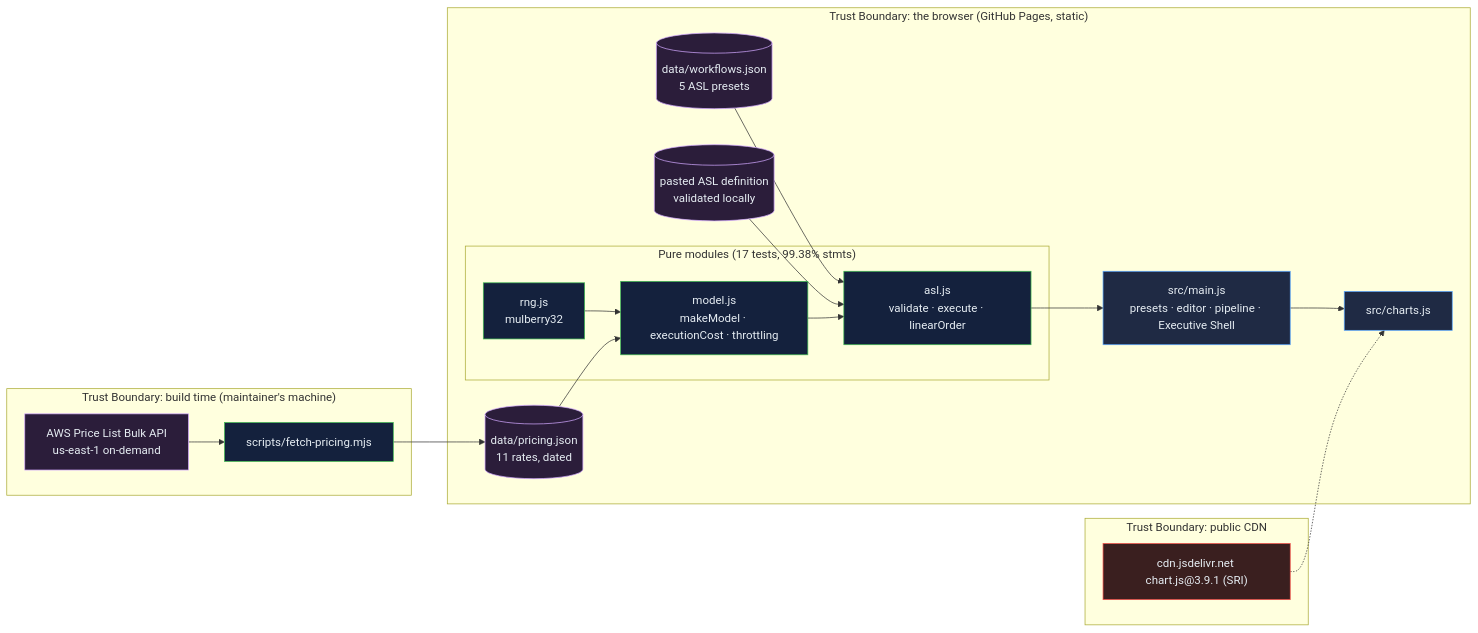
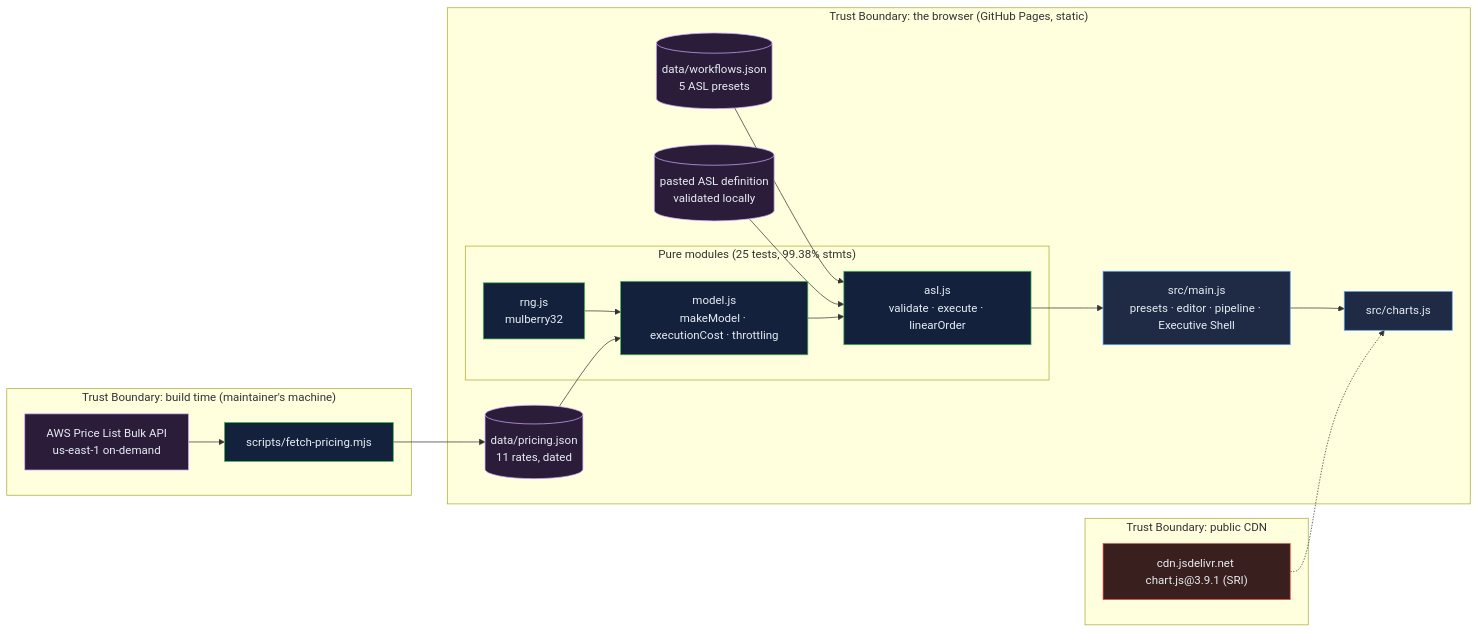
Before and after one commit to Freddricklogan/serverless-workflow-simulator: the diagram in README.md, drawn with Mermaid. The commit also changed 4 other files, not shown here.

````diff
--- a/README.md
+++ b/README.md
@@ -52,33 +52,33 @@
 ```mermaid
 flowchart LR
   subgraph TB0["Trust Boundary: build time (maintainer's machine)"]
     PRICE["scripts/fetch-pricing.mjs"]:::service
     AWSAPI["AWS Price List Bulk API<br/>us-east-1 on-demand"]:::data
   end
   subgraph TB1["Trust Boundary: the browser (GitHub Pages, static)"]
     WF[("data/workflows.json<br/>5 ASL presets")]:::data
     PJ[("data/pricing.json<br/>11 rates, dated")]:::data
     PASTE[("pasted ASL definition<br/>validated locally")]:::data
-    subgraph PURE["Pure modules (17 tests, 99.38% stmts)"]
+    subgraph PURE["Pure modules (25 tests, 99.38% stmts)"]
       ASL["asl.js<br/>validate · execute · linearOrder"]:::service
       MODEL["model.js<br/>makeModel · executionCost · throttling"]:::service
       RNG["rng.js<br/>mulberry32"]:::service
     end
     MAIN["src/main.js<br/>presets · editor · pipeline · Executive Shell"]:::client
     VIZ["src/charts.js"]:::client
   end
   subgraph TB2["Trust Boundary: public CDN"]
     CDN["cdn.jsdelivr.net chart.js@3.9.1 (SRI)"]:::security
   end
   AWSAPI --> PRICE --> PJ
   WF --> ASL
   PASTE --> ASL
   RNG --> MODEL --> ASL
   PJ --> MODEL
   ASL --> MAIN --> VIZ
   CDN -.-> VIZ
   classDef client fill:#1f2a44,stroke:#58A6FF,color:#e6edf3
   classDef service fill:#14213d,stroke:#3fb950,color:#e6edf3
   classDef data fill:#2b1d3a,stroke:#d2a8ff,color:#e6edf3
   classDef security fill:#3a1f1f,stroke:#f85149,color:#e6edf3
 ```
````
